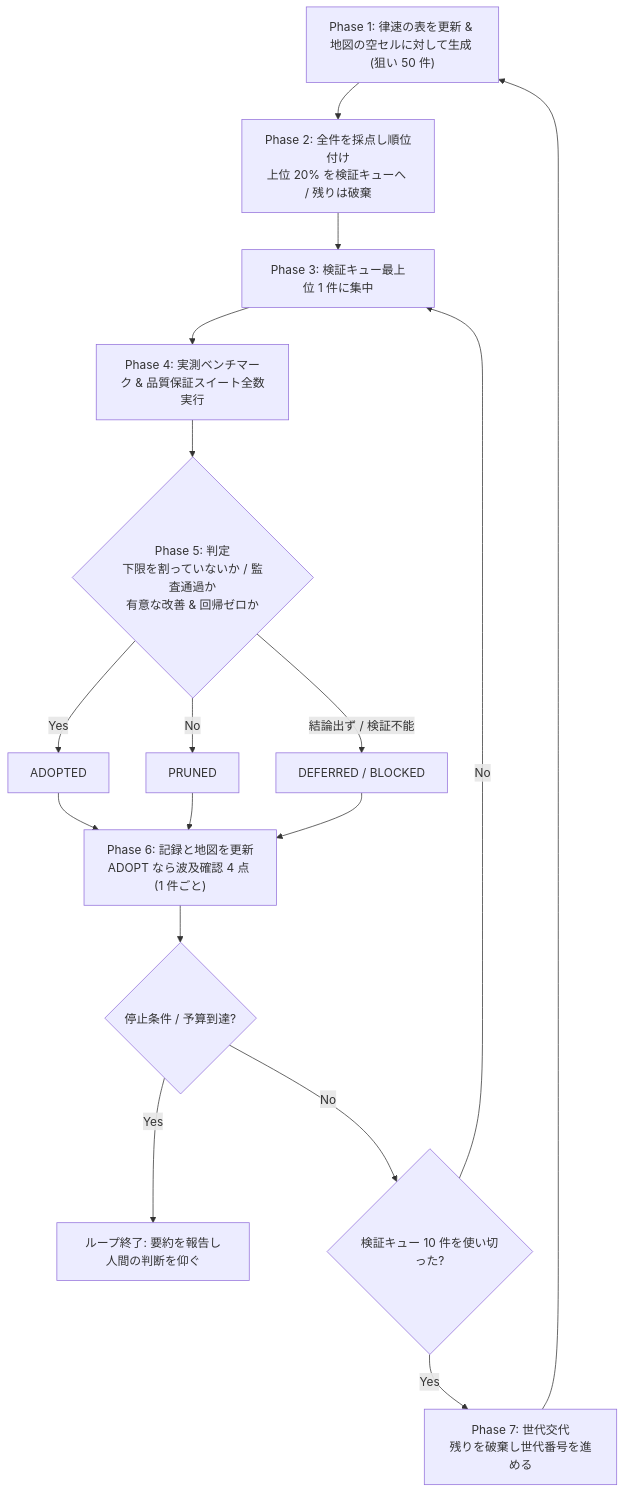
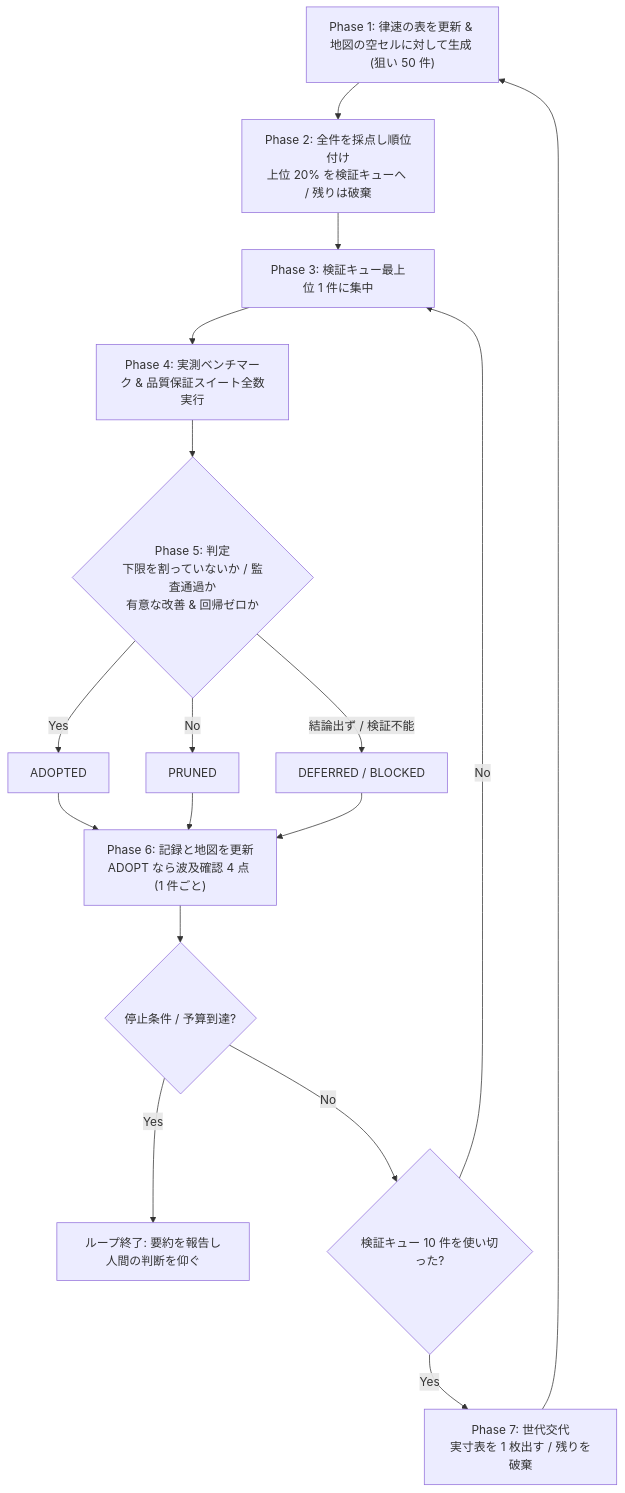
One commit to shutsuruwork-afk/sister-problem changed the diagram in .agents/skills/fail-fast-moonshot-loop/SKILL.md. Above: the diagram before and after it, drawn with Mermaid. The commit also changed other lines of this file and 1 other file, not shown here.

````diff
--- a/.agents/skills/fail-fast-moonshot-loop/SKILL.md
+++ b/.agents/skills/fail-fast-moonshot-loop/SKILL.md
@@ -447,19 +415,19 @@
 ```mermaid
 graph TD
     P1["Phase 1: 律速の表を更新 & 地図の空セルに対して生成 (狙い 50 件)"] --> P2["Phase 2: 全件を採点し順位付け<br/>上位 20% を検証キューへ / 残りは破棄"]
     P2 --> P3["Phase 3: 検証キュー最上位 1 件に集中"]
     P3 --> P4["Phase 4: 実測ベンチマーク & 品質保証スイート全数実行"]
     P4 --> P5{"Phase 5: 判定<br/>下限を割っていないか / 監査通過か<br/>有意な改善 & 回帰ゼロか"}
     P5 -- "Yes" --> V1["ADOPTED"]
     P5 -- "No" --> V2["PRUNED"]
     P5 -- "結論出ず / 検証不能" --> V3["DEFERRED / BLOCKED"]
     V1 --> P6["Phase 6: 記録と地図を更新<br/>ADOPT なら波及確認 4 点 (1 件ごと)"]
     V2 --> P6
     V3 --> P6
     P6 --> S{"停止条件 / 予算到達?"}
     S -- "Yes" --> E["ループ終了: 要約を報告し人間の判断を仰ぐ"]
     S -- "No" --> R{"検証キュー 10 件を使い切った?"}
-    R -- "Yes" --> P7["Phase 7: 世代交代<br/>残りを破棄し世代番号を進める"]
+    R -- "Yes" --> P7["Phase 7: 世代交代<br/>実寸表を 1 枚出す / 残りを破棄"]
     P7 --> P1
     R -- "No" --> P3
 ```
````
